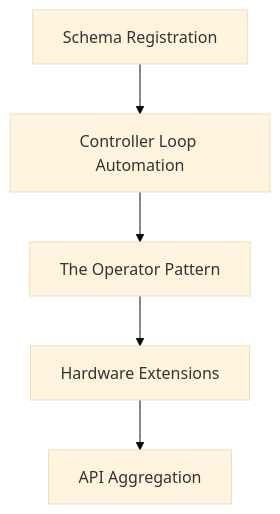
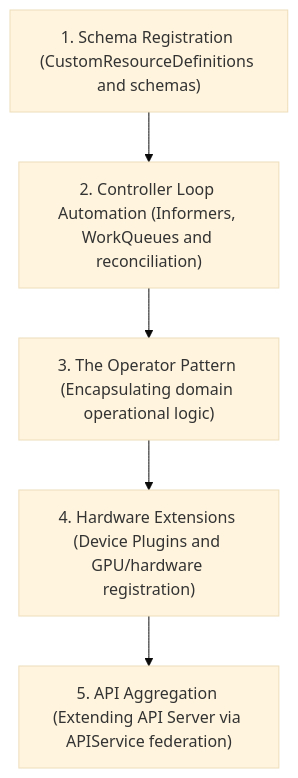
Before and after one commit to kmashour/BrainDump: the diagram in Reference Notes/16_kubernetes_api_extension_and_operators.md, drawn with Mermaid (base theme). The commit also changed 15 other files, not shown here.

Commit message:
docs: restore detailed informative mermaid diagrams replacing ampersands with 'and'

````diff
--- a/Reference Notes/16_kubernetes_api_extension_and_operators.md
+++ b/Reference Notes/16_kubernetes_api_extension_and_operators.md
@@ -11,7 +11,7 @@
 ```mermaid
 graph TD
-    A["Schema Registration"] --> B["Controller Loop Automation"]
-    B --> C["The Operator Pattern"]
-    C --> D["Hardware Extensions"]
-    D --> E["API Aggregation"]
+    A["1. Schema Registration (CustomResourceDefinitions and schemas)"] --> B["2. Controller Loop Automation (Informers, WorkQueues and reconciliation)"]
+    B --> C["3. The Operator Pattern (Encapsulating domain operational logic)"]
+    C --> D["4. Hardware Extensions (Device Plugins and GPU/hardware registration)"]
+    D --> E["5. API Aggregation (Extending API Server via APIService federation)"]
 ```
````
